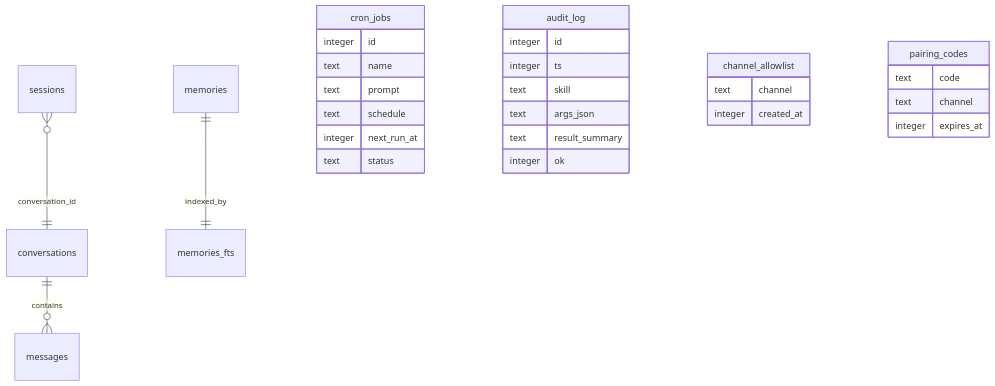
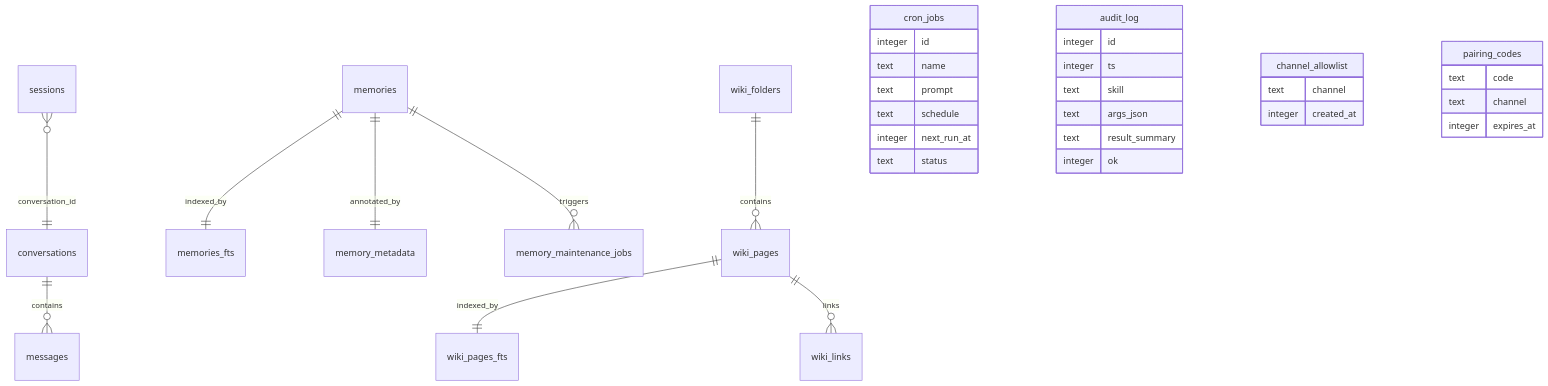
Before and after one commit to Crazy-Faust/miniclaw: the fifth of 5 diagrams in docs/ARCHITECTURE.md, drawn with Mermaid. The commit also changed other lines of this file and 28 other files, not shown here.

Commit message:
Add SQLite LLM wiki maintenance

````diff
--- a/docs/ARCHITECTURE.md
+++ b/docs/ARCHITECTURE.md
@@ -201,31 +204,36 @@
 ```mermaid
 erDiagram
   conversations ||--o{ messages : contains
   sessions }o--|| conversations : "conversation_id"
   memories ||--|| memories_fts : indexed_by
+  memories ||--|| memory_metadata : annotated_by
+  memories ||--o{ memory_maintenance_jobs : triggers
+  wiki_folders ||--o{ wiki_pages : contains
+  wiki_pages ||--|| wiki_pages_fts : indexed_by
+  wiki_pages ||--o{ wiki_links : links
   cron_jobs {
     integer id
     text name
     text prompt
     text schedule
     integer next_run_at
     text status
   }
   audit_log {
     integer id
     integer ts
     text skill
     text args_json
     text result_summary
     integer ok
   }
   channel_allowlist {
     text channel
     integer created_at
   }
   pairing_codes {
     text code
     text channel
     integer expires_at
   }
 ```
````
